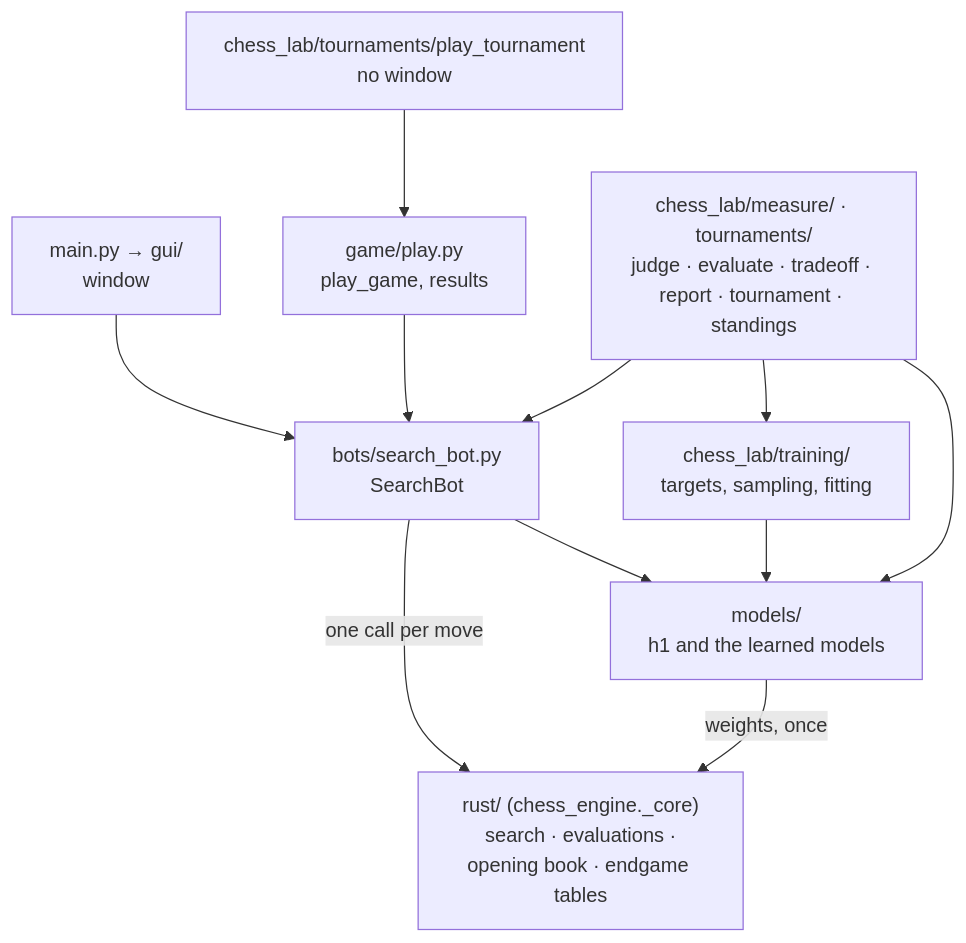
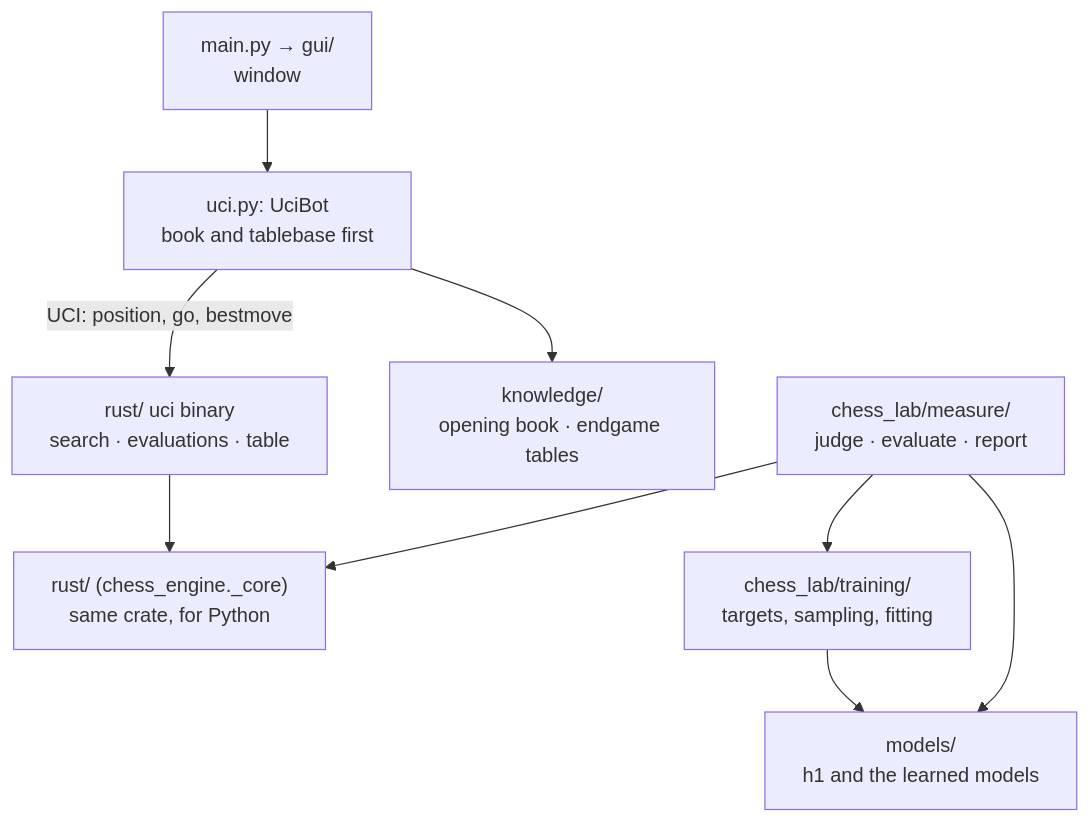
The first of 3 diagrams in docs/ARCHITECTURE.md (JoaquinDeVA/chess-ai-engine), drawn with Mermaid before and after one commit. The commit also changed other lines of this file and 69 other files, not shown here.

Commit message:
refactor: GUI and lab talk UCI to the Rust binary, Python game and tournament paths removed

````diff
--- a/docs/ARCHITECTURE.md
+++ b/docs/ARCHITECTURE.md
@@ -17,13 +17,11 @@
 ```mermaid
 flowchart TB
-    WIN["main.py → gui/<br/>window"] --> BOTS
-    TOURN["chess_lab/tournaments/play_tournament<br/>no window"] --> GM["game/play.py<br/>play_game, results"]
-    GM --> BOTS
-    BOTS["bots/search_bot.py<br/>SearchBot"] -->|"one call per move"| CORE["rust/ (chess_engine._core)<br/>search · evaluations ·<br/>opening book · endgame tables"]
-    BOTS --> EVAL["models/<br/>h1 and the learned models"]
-    EVAL -->|"weights, once"| CORE
-    TRAIN["chess_lab/training/<br/>targets, sampling, fitting"] --> EVAL
-    COMP["chess_lab/measure/ · tournaments/<br/>judge · evaluate · tradeoff · report · tournament · standings"] --> TRAIN
-    COMP --> EVAL
-    COMP --> BOTS
+    WIN["main.py → gui/<br/>window"] --> UCIB["uci.py: UciBot<br/>book and tablebase first"]
+    UCIB -->|"UCI: position, go, bestmove"| BIN["rust/ uci binary<br/>search · evaluations · table"]
+    UCIB --> BOOK["knowledge/<br/>opening book · endgame tables"]
+    BIN --> CORE["rust/ (chess_engine._core)<br/>same crate, for Python"]
+    TRAIN["chess_lab/training/<br/>targets, sampling, fitting"] --> EVAL["models/<br/>h1 and the learned models"]
+    MEAS["chess_lab/measure/<br/>judge · evaluate · report"] --> TRAIN
+    MEAS --> EVAL
+    MEAS --> CORE
 ```
````
